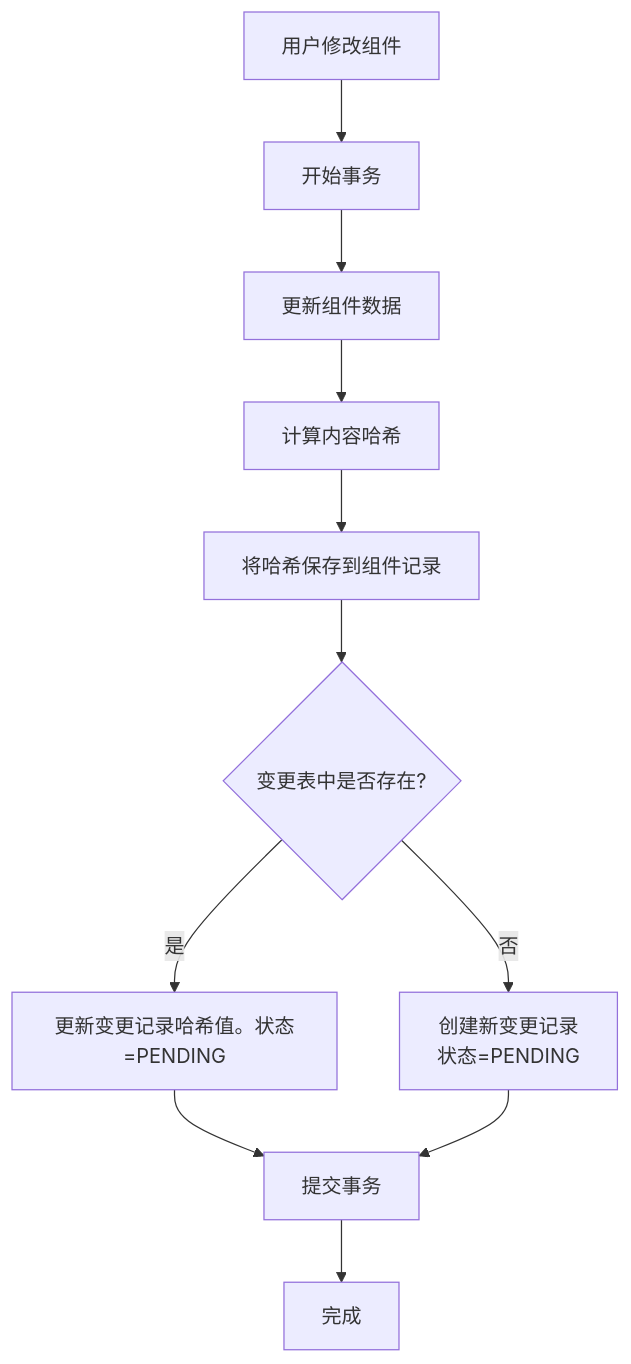
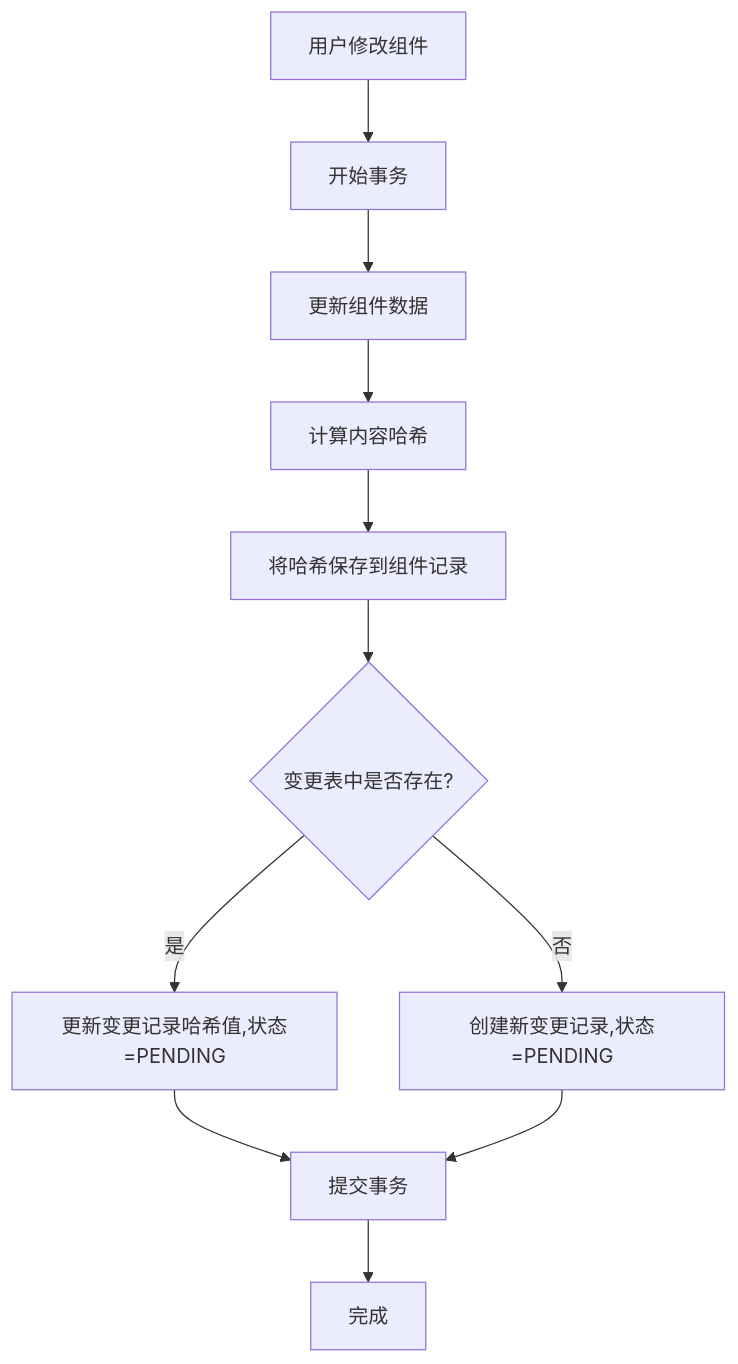
Before and after one commit to yingjianzh/iodraw-files: the diagram in all/未命名-42.md, drawn with Mermaid.

Commit message:
2025-04-24 14:44:37 update

````diff
--- a/all/未命名-42.md
+++ b/all/未命名-42.md
@@ -1,15 +1,15 @@
 ```mermaid
 flowchart TD
     Start[用户修改组件] --> StartTransaction[开始事务]
     StartTransaction --> UpdateComponent[更新组件数据]
     UpdateComponent --> CalcHash[计算内容哈希]
     CalcHash --> SaveHash[将哈希保存到组件记录]
     SaveHash --> CheckExists{变更表中是否存在?}
     
-    CheckExists -- 是 --> UpdateChange[更新变更记录哈希值。状态=PENDING]
-    CheckExists -- 否 --> CreateChange[创建新变更记录\n状态=PENDING]
+    CheckExists -- 是 --> UpdateChange[更新变更记录哈希值,状态=PENDING]
+    CheckExists -- 否 --> CreateChange[创建新变更记录,状态=PENDING]
     
     UpdateChange --> CommitTransaction[提交事务]
     CreateChange --> CommitTransaction
     CommitTransaction --> End[完成]
 ```
````
